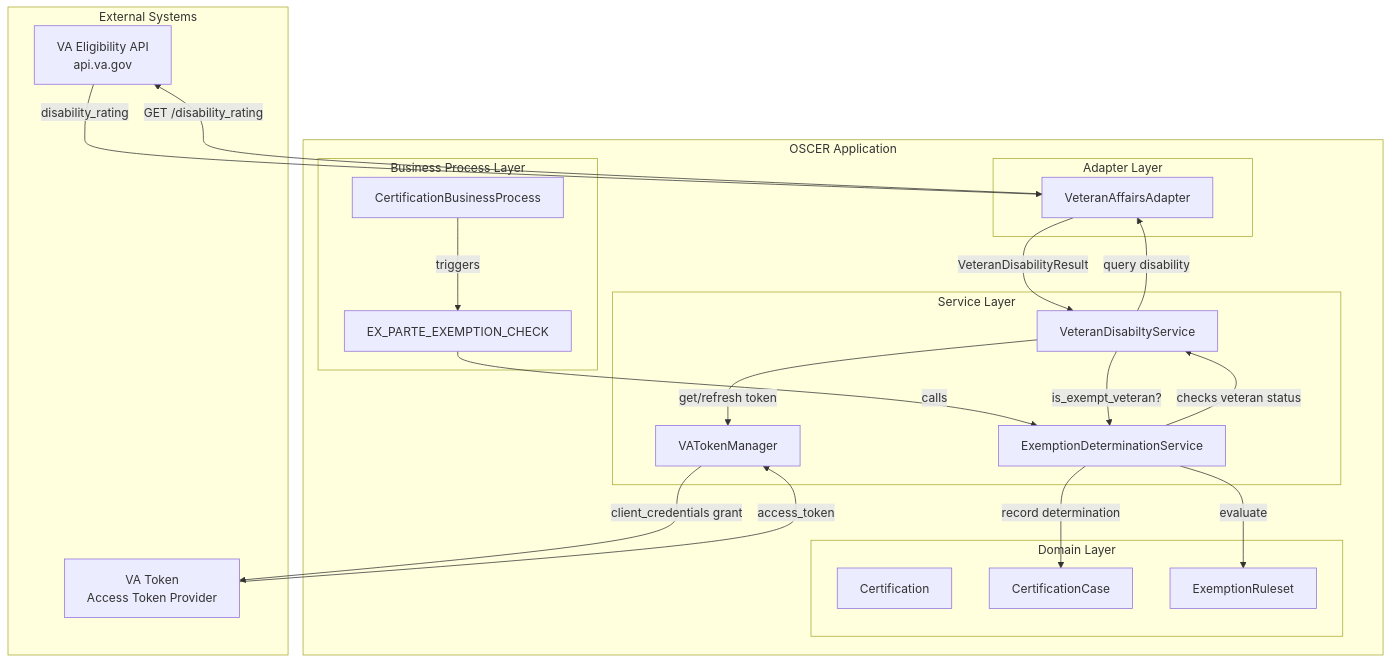
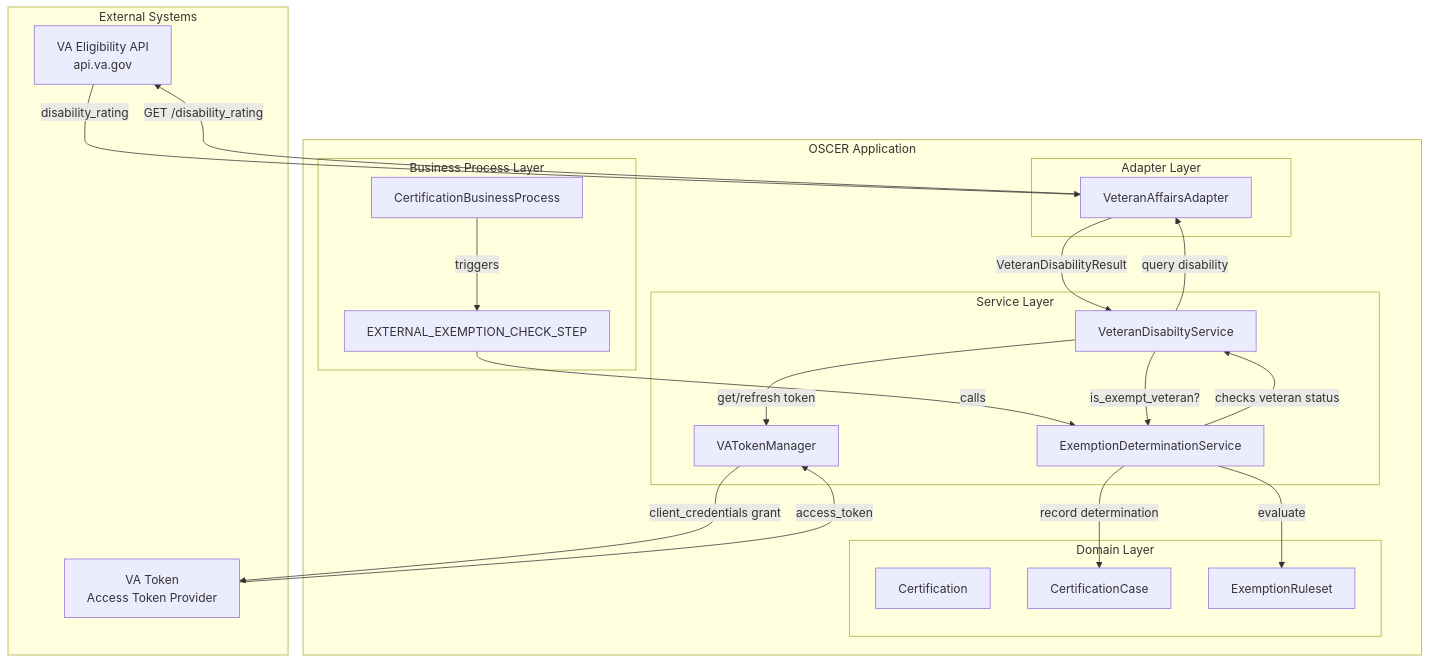
The first of 2 diagrams in docs/architecture/va-eligibility-integration/va-eligibility-integration.md (navapbc/oscer), drawn with Mermaid before and after one commit. The commit also changed other lines of this file and 4 other files, not shown here.

````diff
--- a/docs/architecture/va-eligibility-integration/va-eligibility-integration.md
+++ b/docs/architecture/va-eligibility-integration/va-eligibility-integration.md
@@ -46,44 +46,44 @@
 ```mermaid
 flowchart TB
     subgraph External["External Systems"]
         VAAPI[VA Eligibility API<br/>api.va.gov]
         TokenApi[VA Token<br/>Access Token Provider]
     end
 
     subgraph Application["OSCER Application"]
         subgraph BusinessProcess["Business Process Layer"]
             CertBP[CertificationBusinessProcess]
-            ExPartStep[EX_PARTE_EXEMPTION_CHECK]
+            ExPartStep[EXTERNAL_EXEMPTION_CHECK_STEP]
         end
 
         subgraph Services["Service Layer"]
             ExemptionService[ExemptionDeterminationService]
             VAService[VeteranDisabiltyService]
             TokenManager[VATokenManager]
         end
 
         subgraph Adapters["Adapter Layer"]
             VAAdapter[VeteranAffairsAdapter]
         end
 
         subgraph Domain["Domain Layer"]
             Certification[Certification]
             CertCase[CertificationCase]
             RulesEngine[ExemptionRuleset]
         end
     end
 
     CertBP -->|"triggers"| ExPartStep
     ExPartStep -->|"calls"| ExemptionService
     ExemptionService -->|"checks veteran status"| VAService
     VAService -->|"get/refresh token"| TokenManager
     TokenManager -->|"client_credentials grant"| TokenApi
     TokenApi -->|"access_token"| TokenManager
     VAService -->|"query disability"| VAAdapter
     VAAdapter -->|"GET /disability_rating"| VAAPI
     VAAPI -->|"disability_rating"| VAAdapter
     VAAdapter -->|"VeteranDisabilityResult"| VAService
     VAService -->|"is_exempt_veteran?"| ExemptionService
     ExemptionService -->|"evaluate"| RulesEngine
     ExemptionService -->|"record determination"| CertCase
 ```
````
